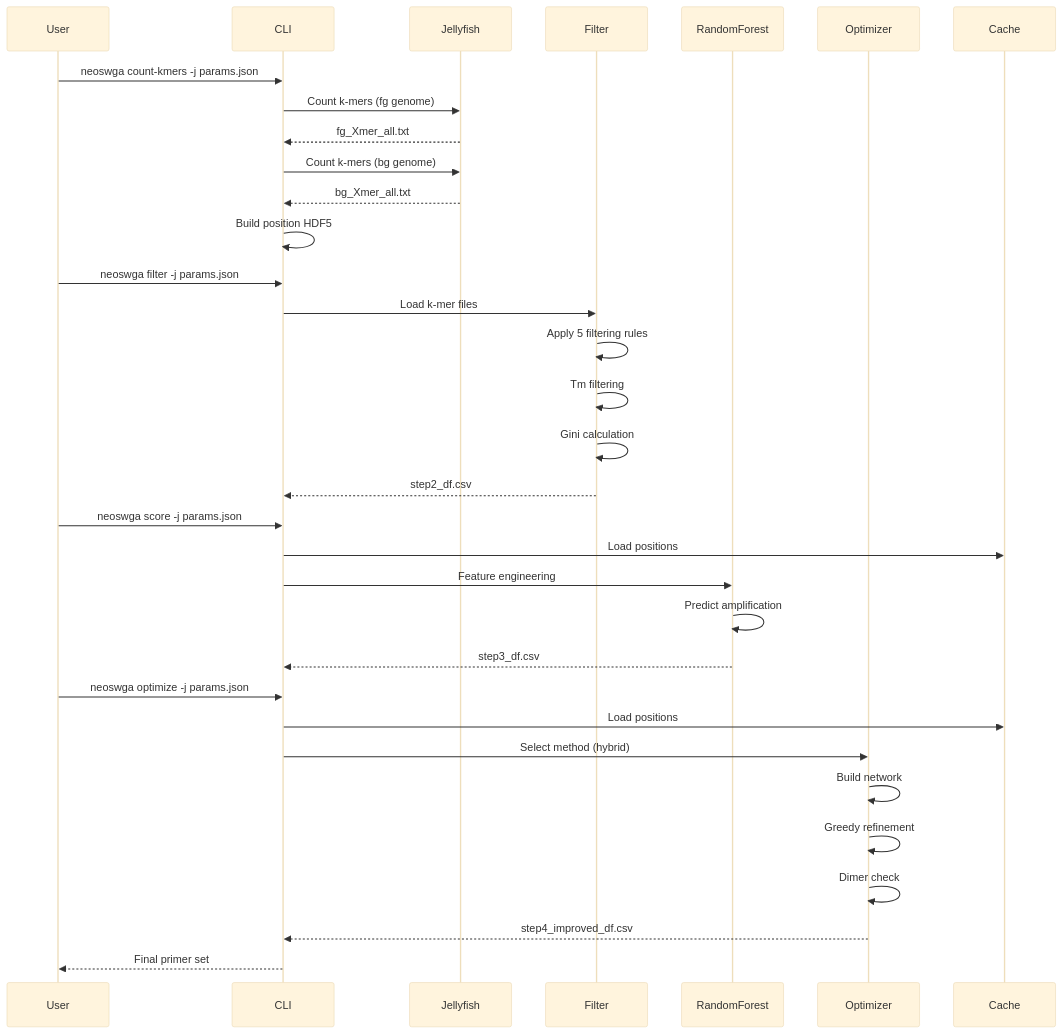
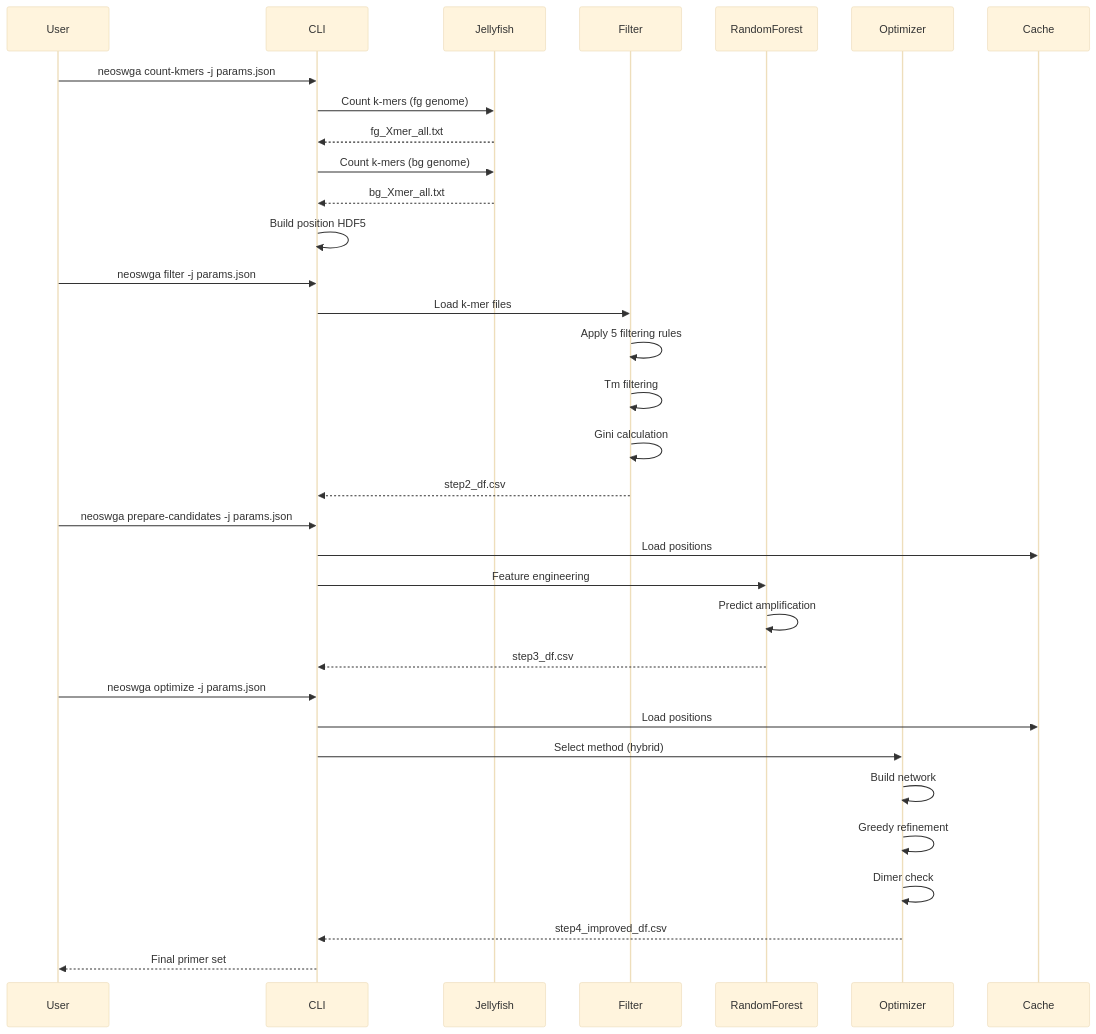
One commit to FOI-Bioinformatics/neoswga changed the ninth of 10 diagrams in docs/reference/ARCHITECTURE_DIAGRAMS.md. Above: the diagram before and after it, drawn with Mermaid (base theme). The commit also changed 47 other files, not shown here.

````diff
--- a/docs/reference/ARCHITECTURE_DIAGRAMS.md
+++ b/docs/reference/ARCHITECTURE_DIAGRAMS.md
@@ -596,39 +596,39 @@
 ```mermaid
 sequenceDiagram
     participant User
     participant CLI
     participant Jellyfish
     participant Filter
     participant RF as RandomForest
     participant Optimizer
     participant Cache
 
     User->>CLI: neoswga count-kmers -j params.json
     CLI->>Jellyfish: Count k-mers (fg genome)
     Jellyfish-->>CLI: fg_Xmer_all.txt
     CLI->>Jellyfish: Count k-mers (bg genome)
     Jellyfish-->>CLI: bg_Xmer_all.txt
     CLI->>CLI: Build position HDF5
 
     User->>CLI: neoswga filter -j params.json
     CLI->>Filter: Load k-mer files
     Filter->>Filter: Apply 5 filtering rules
     Filter->>Filter: Tm filtering
     Filter->>Filter: Gini calculation
     Filter-->>CLI: step2_df.csv
 
-    User->>CLI: neoswga score -j params.json
+    User->>CLI: neoswga prepare-candidates -j params.json
     CLI->>Cache: Load positions
     CLI->>RF: Feature engineering
     RF->>RF: Predict amplification
     RF-->>CLI: step3_df.csv
 
     User->>CLI: neoswga optimize -j params.json
     CLI->>Cache: Load positions
     CLI->>Optimizer: Select method (hybrid)
     Optimizer->>Optimizer: Build network
     Optimizer->>Optimizer: Greedy refinement
     Optimizer->>Optimizer: Dimer check
     Optimizer-->>CLI: step4_improved_df.csv
     CLI-->>User: Final primer set
 ```
````
